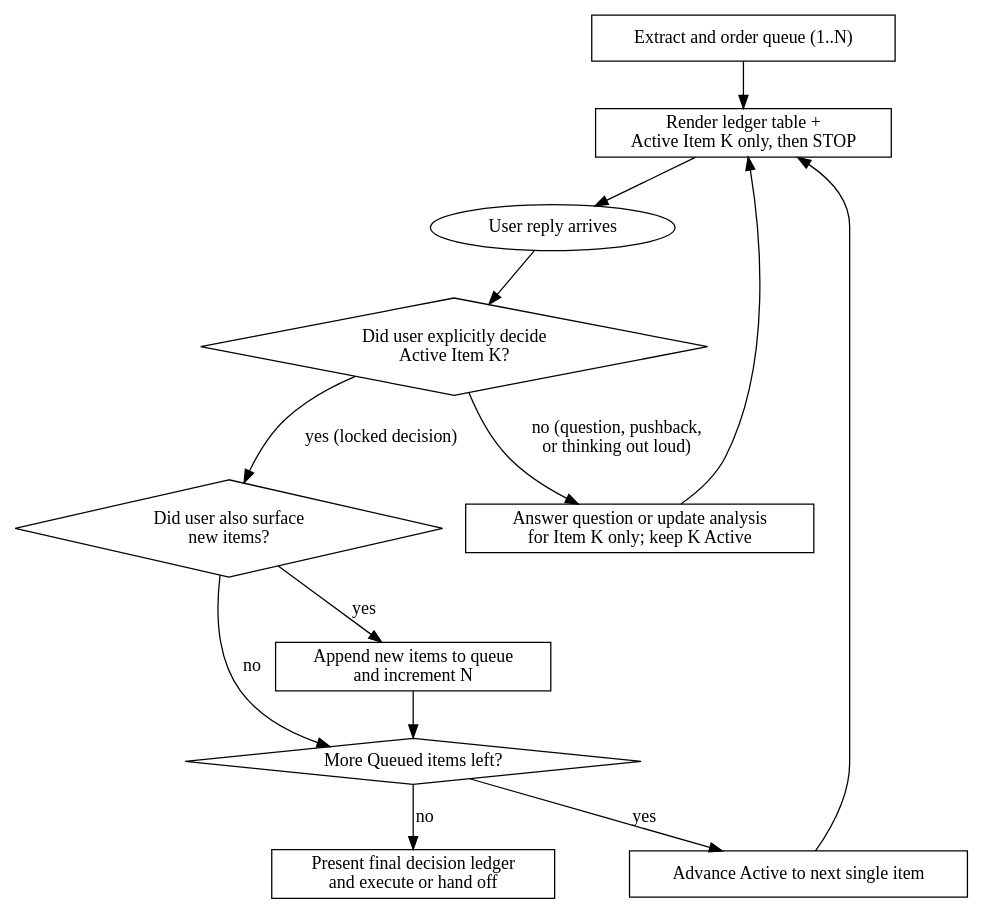
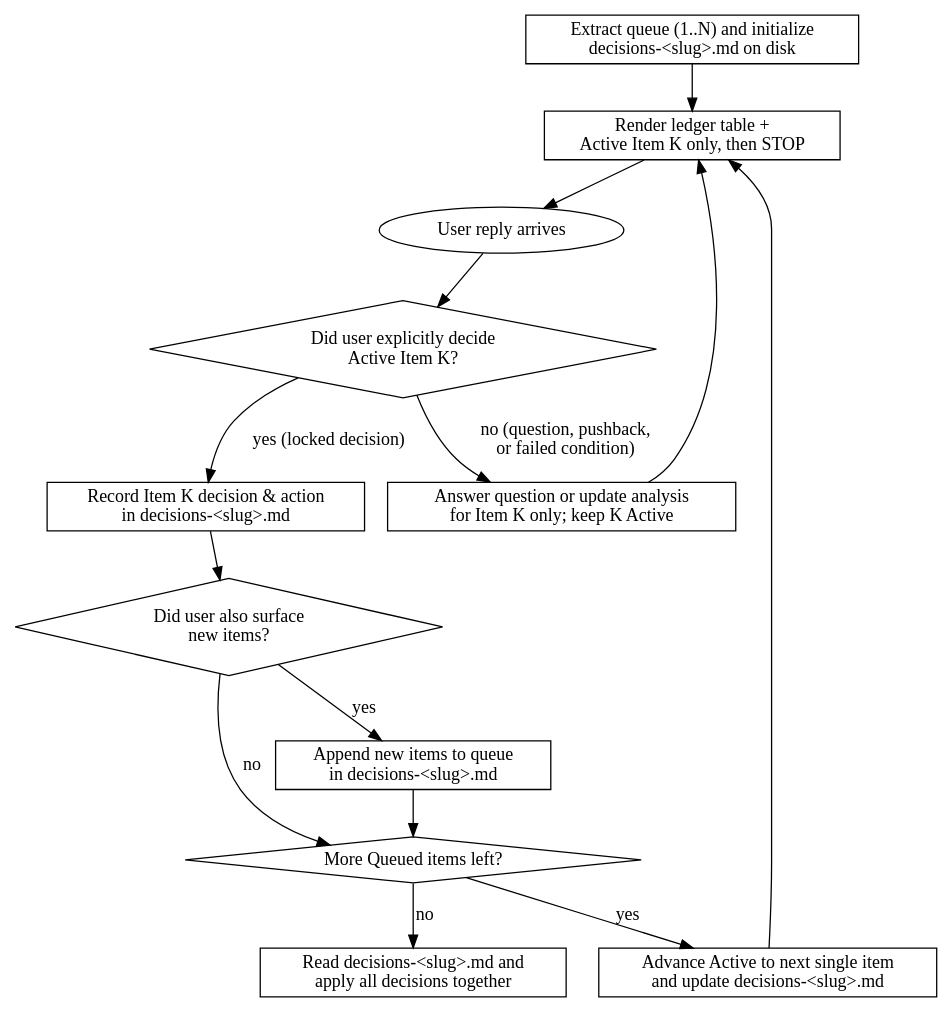
Before and after one commit to PhillipChaffee/.agents: the diagram in skills/one-at-a-time/SKILL.md, drawn with Graphviz. The commit also changed other lines of this file and 6 other files, not shown here.

Commit message:
feat(one-at-a-time): record decisions in Markdown file and apply all at the end

````diff
--- a/skills/one-at-a-time/SKILL.md
+++ b/skills/one-at-a-time/SKILL.md
@@ -26,27 +27,29 @@
 ```dot
 digraph one_at_a_time_loop {
-    "Extract and order queue (1..N)" [shape=box];
+    "Extract queue (1..N) and initialize\ndecisions-<slug>.md on disk" [shape=box];
     "Render ledger table +\nActive Item K only, then STOP" [shape=box];
     "User reply arrives" [shape=ellipse];
     "Did user explicitly decide\nActive Item K?" [shape=diamond];
     "Answer question or update analysis\nfor Item K only; keep K Active" [shape=box];
+    "Record Item K decision & action\nin decisions-<slug>.md" [shape=box];
     "Did user also surface\nnew items?" [shape=diamond];
-    "Append new items to queue\nand increment N" [shape=box];
+    "Append new items to queue\nin decisions-<slug>.md" [shape=box];
     "More Queued items left?" [shape=diamond];
-    "Advance Active to next single item" [shape=box];
-    "Present final decision ledger\nand execute or hand off" [shape=box];
+    "Advance Active to next single item\nand update decisions-<slug>.md" [shape=box];
+    "Read decisions-<slug>.md and\napply all decisions together" [shape=box];
 
-    "Extract and order queue (1..N)" -> "Render ledger table +\nActive Item K only, then STOP";
+    "Extract queue (1..N) and initialize\ndecisions-<slug>.md on disk" -> "Render ledger table +\nActive Item K only, then STOP";
     "Render ledger table +\nActive Item K only, then STOP" -> "User reply arrives";
     "User reply arrives" -> "Did user explicitly decide\nActive Item K?";
-    "Did user explicitly decide\nActive Item K?" -> "Answer question or update analysis\nfor Item K only; keep K Active" [label="no (question, pushback,\nor thinking out loud)"];
+    "Did user explicitly decide\nActive Item K?" -> "Answer question or update analysis\nfor Item K only; keep K Active" [label="no (question, pushback,\nor failed condition)"];
     "Answer question or update analysis\nfor Item K only; keep K Active" -> "Render ledger table +\nActive Item K only, then STOP";
-    "Did user explicitly decide\nActive Item K?" -> "Did user also surface\nnew items?" [label="yes (locked decision)"];
-    "Did user also surface\nnew items?" -> "Append new items to queue\nand increment N" [label="yes"];
+    "Did user explicitly decide\nActive Item K?" -> "Record Item K decision & action\nin decisions-<slug>.md" [label="yes (locked decision)"];
+    "Record Item K decision & action\nin decisions-<slug>.md" -> "Did user also surface\nnew items?";
+    "Did user also surface\nnew items?" -> "Append new items to queue\nin decisions-<slug>.md" [label="yes"];
     "Did user also surface\nnew items?" -> "More Queued items left?" [label="no"];
-    "Append new items to queue\nand increment N" -> "More Queued items left?";
-    "More Queued items left?" -> "Advance Active to next single item" [label="yes"];
-    "Advance Active to next single item" -> "Render ledger table +\nActive Item K only, then STOP";
-    "More Queued items left?" -> "Present final decision ledger\nand execute or hand off" [label="no"];
+    "Append new items to queue\nin decisions-<slug>.md" -> "More Queued items left?";
+    "More Queued items left?" -> "Advance Active to next single item\nand update decisions-<slug>.md" [label="yes"];
+    "Advance Active to next single item\nand update decisions-<slug>.md" -> "Render ledger table +\nActive Item K only, then STOP";
+    "More Queued items left?" -> "Read decisions-<slug>.md and\napply all decisions together" [label="no"];
 }
 ```
````
